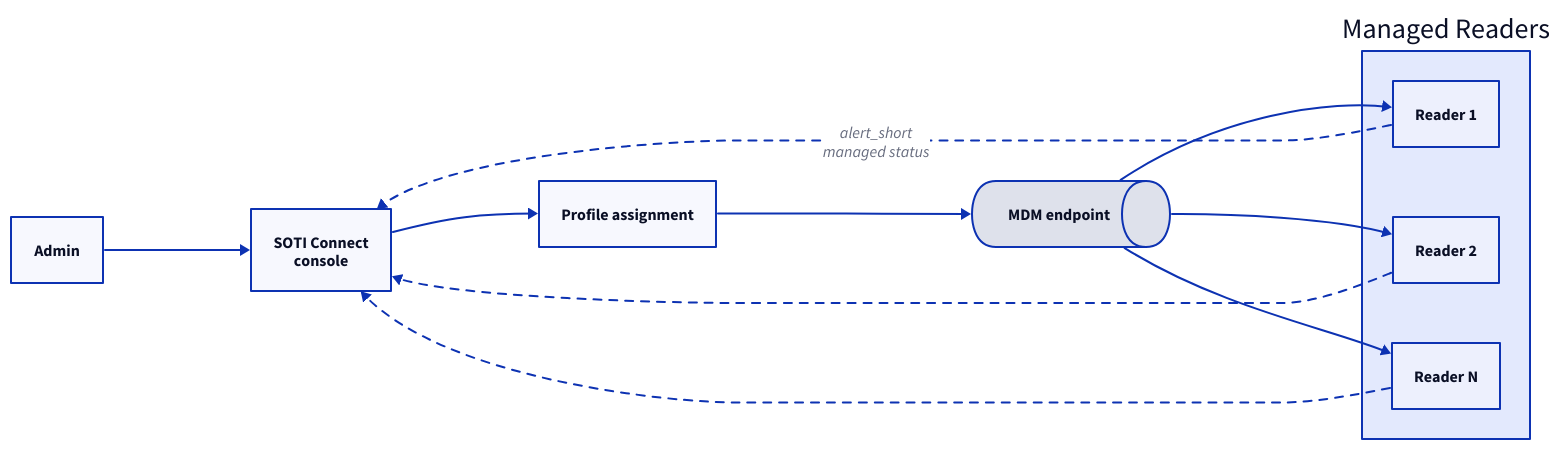
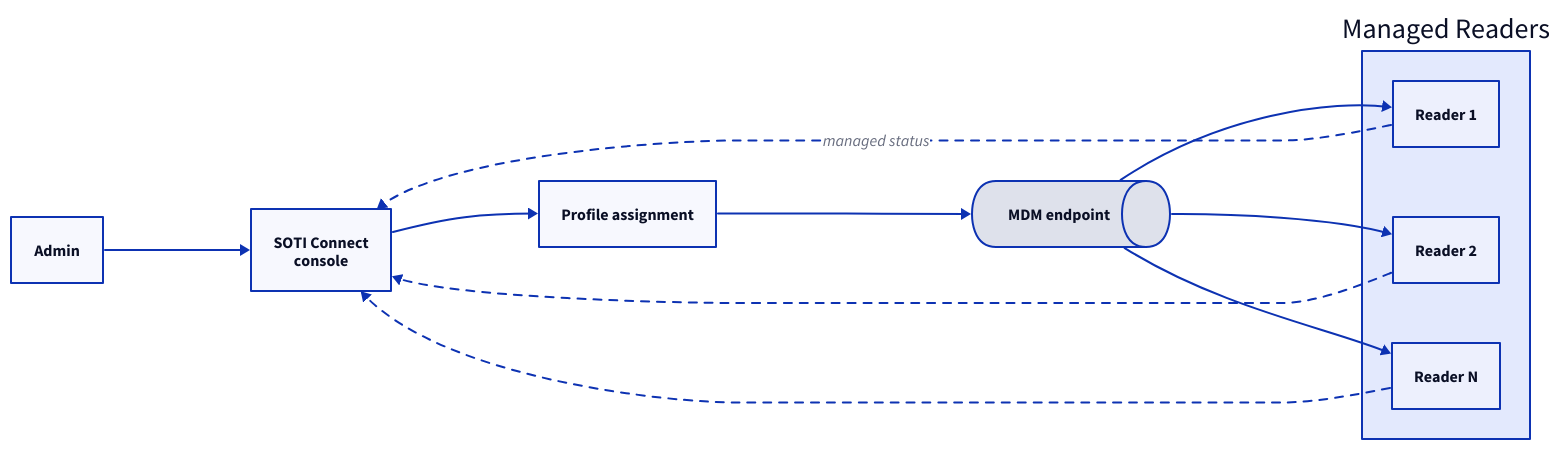
The diagram in docs/fleet/provisioning/soti-connect.md (admiral-ai/zebra-handheld-rfid-iotc), drawn with D2 before and after one commit. The commit also changed other lines of this file and 72 other files, not shown here.

````diff
--- a/docs/fleet/provisioning/soti-connect.md
+++ b/docs/fleet/provisioning/soti-connect.md
@@ -36,22 +36,22 @@
 ```d2
 direction: right
 Adm: Admin
 SOTI: "SOTI Connect\nconsole"
 Prof: Profile assignment
 MDM: MDM endpoint { shape: queue }
 fleet: Managed Readers {
   R1: Reader 1
   R2: Reader 2
   Rn: Reader N
 }
 Adm -> SOTI
 SOTI -> Prof
 Prof -> MDM
 MDM -> fleet.R1
 MDM -> fleet.R2
 MDM -> fleet.Rn
-fleet.R1 -> SOTI: "alert_short\nmanaged status" { style.stroke-dash: 4 }
+fleet.R1 -> SOTI: "managed status" { style.stroke-dash: 4 }
 fleet.R2 -> SOTI { style.stroke-dash: 4 }
 fleet.Rn -> SOTI { style.stroke-dash: 4 }
 
 ```
````
